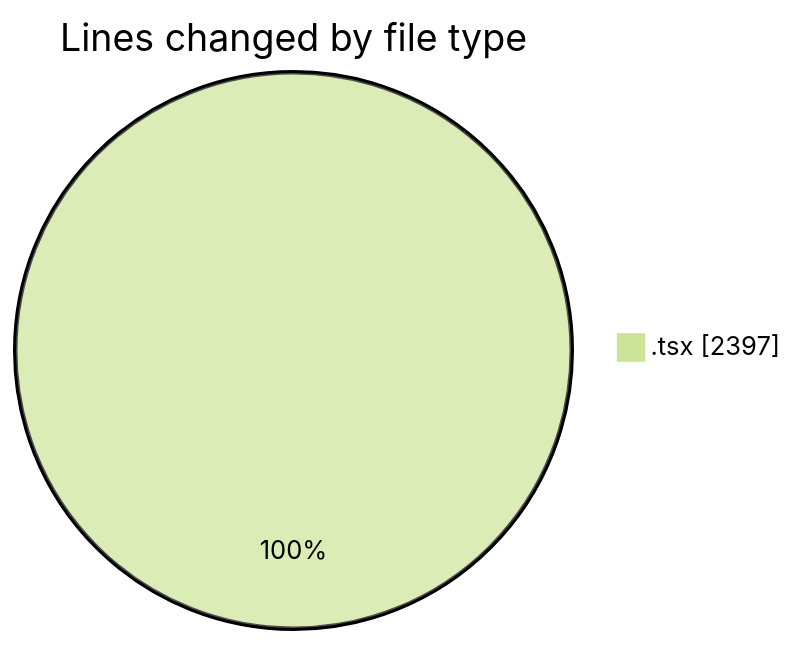
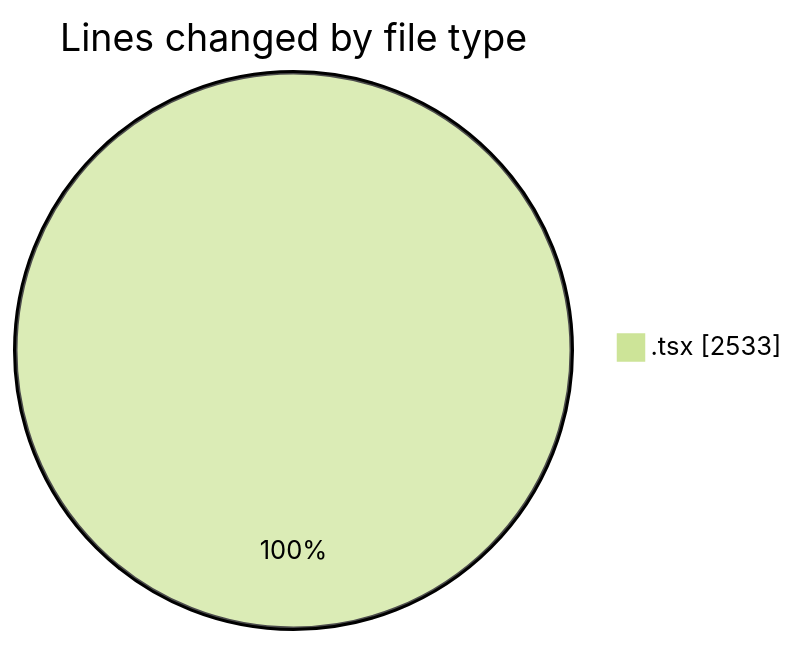
One commit to nxtqubesakshisongat/code-tracking changed the first of 2 diagrams in 2026-06-25/nxtqube_webapp/README.md. Above: the diagram before and after it, drawn with Mermaid (forest theme). The commit also changed other lines of this file and 1 other file, not shown here.

````diff
--- a/2026-06-25/nxtqube_webapp/README.md
+++ b/2026-06-25/nxtqube_webapp/README.md
@@ -20,5 +20,5 @@
 ```mermaid
 pie showData
 title Lines changed by file type
-".tsx" : 2397
+".tsx" : 2533
 ```
````
